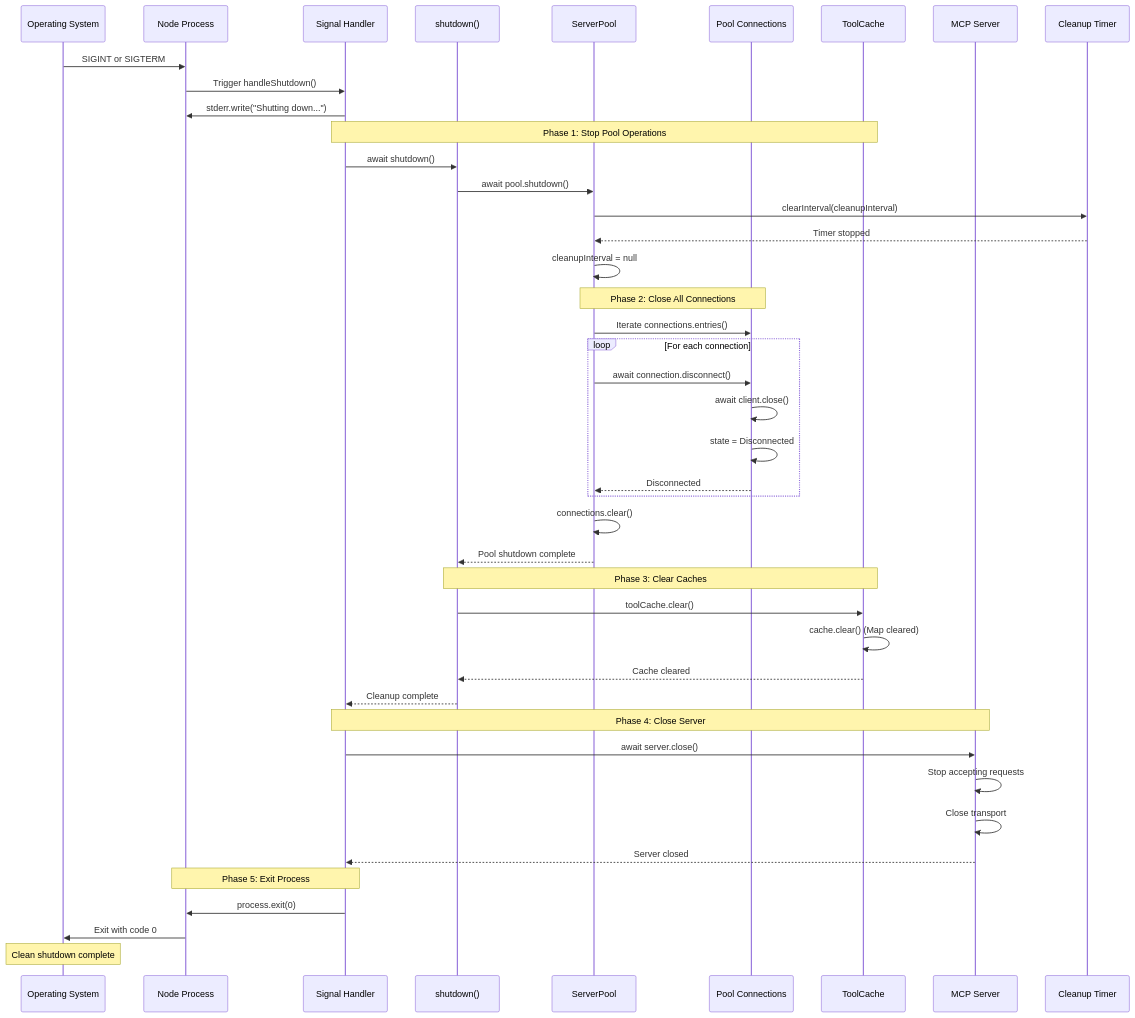
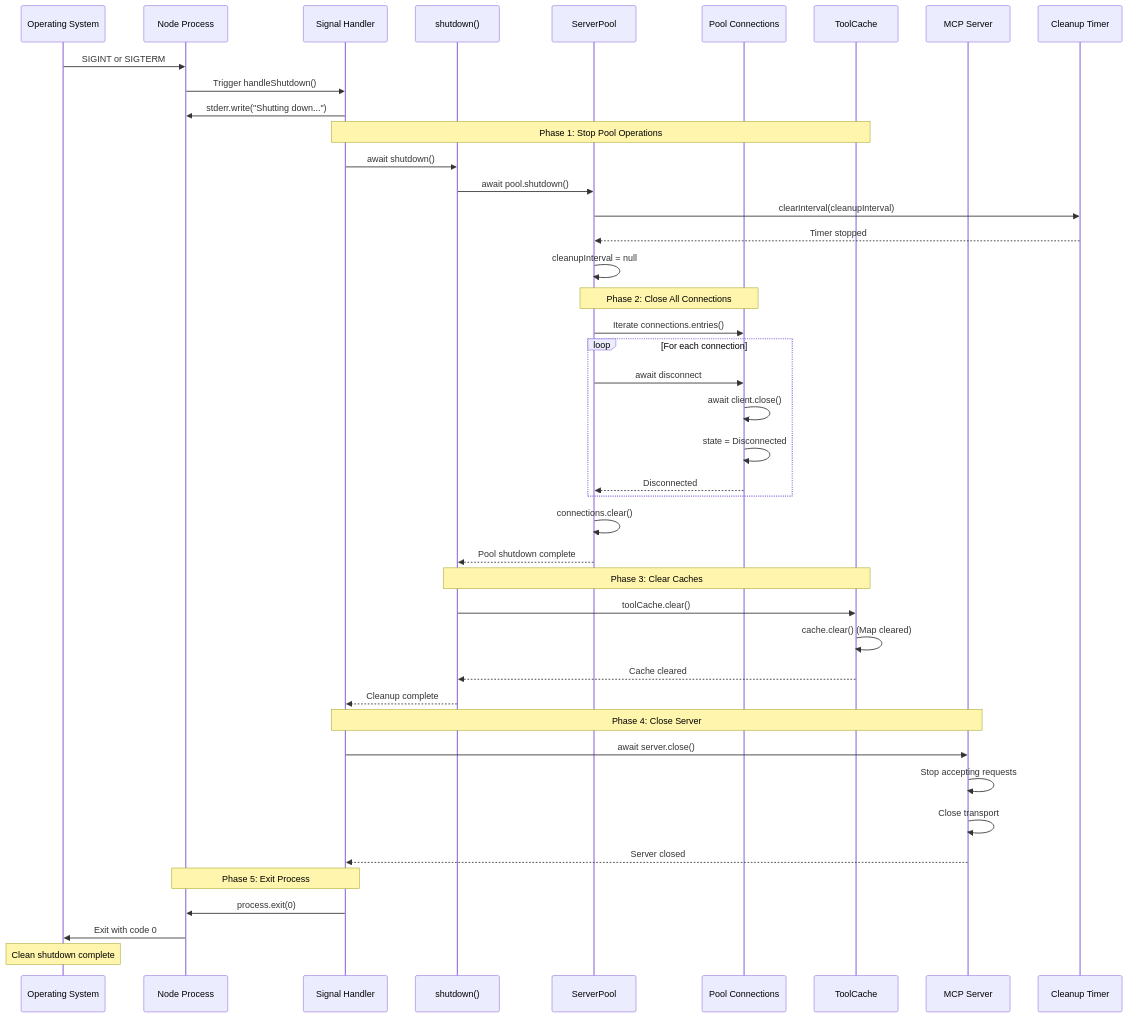
Before and after one commit to blueman82/mcp-exec: the eighth of 16 diagrams in projects/meta-mcp-server/docs/diagrams/09-full-integration.md, drawn with Mermaid. The commit also changed other lines of this file and 2 other files, not shown here.

First line of the commit message:
fix: Remove function call parentheses from Mermaid node labels

````diff
--- a/projects/meta-mcp-server/docs/diagrams/09-full-integration.md
+++ b/projects/meta-mcp-server/docs/diagrams/09-full-integration.md
@@ -474,56 +474,56 @@
 ```mermaid
 sequenceDiagram
     participant OS as Operating System
     participant Process as Node Process
     participant Signal as Signal Handler
     participant Shutdown as shutdown()
     participant Pool as ServerPool
     participant Connections as Pool Connections
     participant Cache as ToolCache
     participant Server as MCP Server
     participant Cleanup as Cleanup Timer
 
     OS->>Process: SIGINT or SIGTERM
     Process->>Signal: Trigger handleShutdown()
     Signal->>Process: stderr.write("Shutting down...")
 
     Note over Signal,Cache: Phase 1: Stop Pool Operations
     Signal->>Shutdown: await shutdown()
     Shutdown->>Pool: await pool.shutdown()
 
     Pool->>Cleanup: clearInterval(cleanupInterval)
     Cleanup-->>Pool: Timer stopped
     Pool->>Pool: cleanupInterval = null
 
     Note over Pool,Connections: Phase 2: Close All Connections
     Pool->>Connections: Iterate connections.entries()
 
     loop For each connection
-        Pool->>Connections: await connection.disconnect()
+        Pool->>Connections: await disconnect
         Connections->>Connections: await client.close()
         Connections->>Connections: state = Disconnected
         Connections-->>Pool: Disconnected
     end
 
     Pool->>Pool: connections.clear()
     Pool-->>Shutdown: Pool shutdown complete
 
     Note over Shutdown,Cache: Phase 3: Clear Caches
     Shutdown->>Cache: toolCache.clear()
     Cache->>Cache: cache.clear() (Map cleared)
     Cache-->>Shutdown: Cache cleared
 
     Shutdown-->>Signal: Cleanup complete
 
     Note over Signal,Server: Phase 4: Close Server
     Signal->>Server: await server.close()
     Server->>Server: Stop accepting requests
     Server->>Server: Close transport
     Server-->>Signal: Server closed
 
     Note over Signal,Process: Phase 5: Exit Process
     Signal->>Process: process.exit(0)
     Process->>OS: Exit with code 0
 
     Note over OS: Clean shutdown complete
 ```
````
